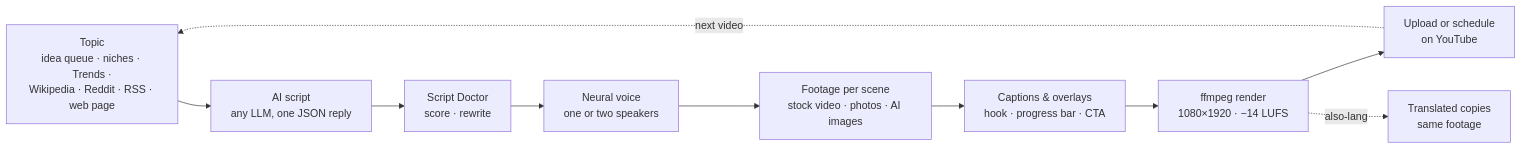
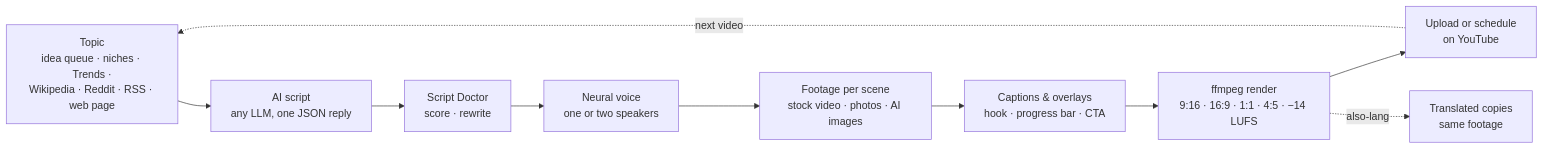
The diagram in README.md (Chamanrajragu/purffle-shorts), drawn with Mermaid before and after one commit. The commit also changed other lines of this file and 40 other files, not shown here.

````diff
--- a/README.md
+++ b/README.md
@@ -155,12 +204,12 @@
 ```mermaid
 flowchart LR
     A["Topic<br/>idea queue · niches · Trends ·<br/>Wikipedia · Reddit · RSS · web page"] --> B["AI script<br/>any LLM, one JSON reply"]
     B --> R["Script Doctor<br/>score · rewrite"]
     R --> C["Neural voice<br/>one or two speakers"]
     C --> D["Footage per scene<br/>stock video · photos · AI images"]
     D --> E["Captions & overlays<br/>hook · progress bar · CTA"]
-    E --> F["ffmpeg render<br/>1080×1920 · −14 LUFS"]
+    E --> F["ffmpeg render<br/>9:16 · 16:9 · 1:1 · 4:5 · −14 LUFS"]
     F --> G["Upload or schedule<br/>on YouTube"]
     F -. also-lang .-> T["Translated copies<br/>same footage"]
     G -. next video .-> A
 ```
````
